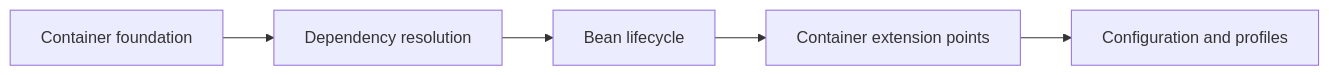
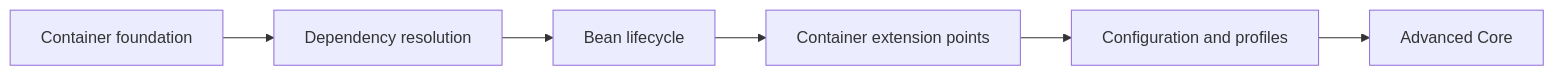
One commit to alimbetov/obsidian changed the second of 3 diagrams in 00_HOME/Java Backend Knowledge System.md. Above: the diagram before and after it, drawn with Mermaid. The commit also changed other lines of this file, not shown here.

Commit message:
Add CORE-B05 to home dashboard

````diff
--- a/00_HOME/Java Backend Knowledge System.md
+++ b/00_HOME/Java Backend Knowledge System.md
@@ -129,7 +129,8 @@
 ```mermaid
 flowchart LR
     B1[Container foundation] --> B2[Dependency resolution]
     B2 --> B3[Bean lifecycle]
     B3 --> B4[Container extension points]
     B4 --> B5[Configuration and profiles]
+    B5 --> B6[Advanced Core]
 ```
````
